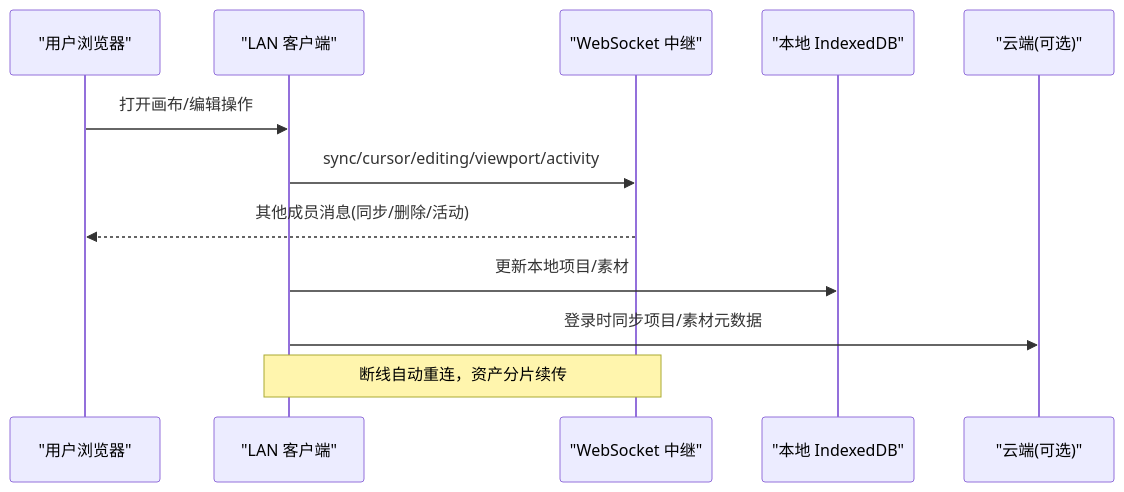
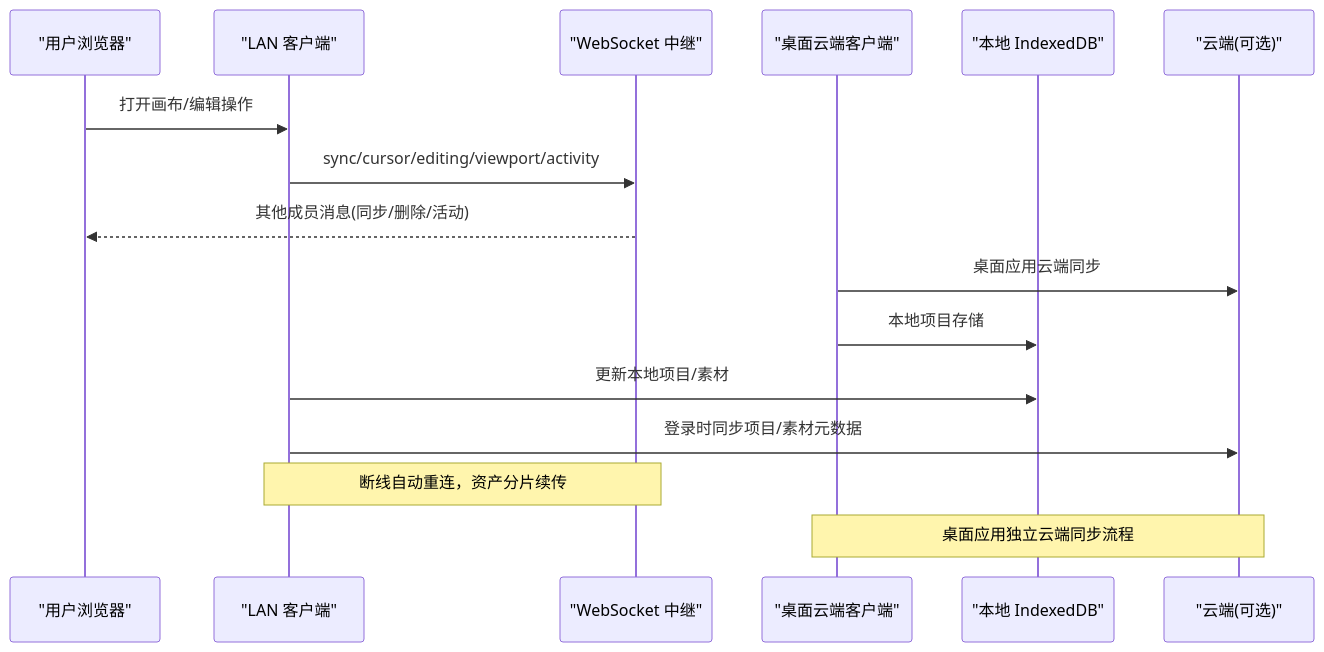
One commit to suqi-bot/SuQCanvas changed the second of 6 diagrams in .qoder/repowiki/zh/content/项目概述/核心功能/协作同步系统/协作同步系统.md. Above: the diagram before and after it, drawn with Mermaid. The commit also changed other lines of this file and 93 other files, not shown here.

````diff
--- a/.qoder/repowiki/zh/content/项目概述/核心功能/协作同步系统/协作同步系统.md
+++ b/.qoder/repowiki/zh/content/项目概述/核心功能/协作同步系统/协作同步系统.md
@@ -105,14 +141,18 @@
 ```mermaid
 sequenceDiagram
 participant U as "用户浏览器"
 participant LC as "LAN 客户端"
 participant WS as "WebSocket 中继"
+participant DC as "桌面云端客户端"
 participant DB as "本地 IndexedDB"
 participant CS as "云端(可选)"
 U->>LC : 打开画布/编辑操作
 LC->>WS : sync/cursor/editing/viewport/activity
 WS-->>U : 其他成员消息(同步/删除/活动)
+DC->>CS : 桌面应用云端同步
+DC->>DB : 本地项目存储
 LC->>DB : 更新本地项目/素材
 LC->>CS : 登录时同步项目/素材元数据
 Note over LC,WS : 断线自动重连，资产分片续传
+Note over DC,CS : 桌面应用独立云端同步流程
 ```
````
